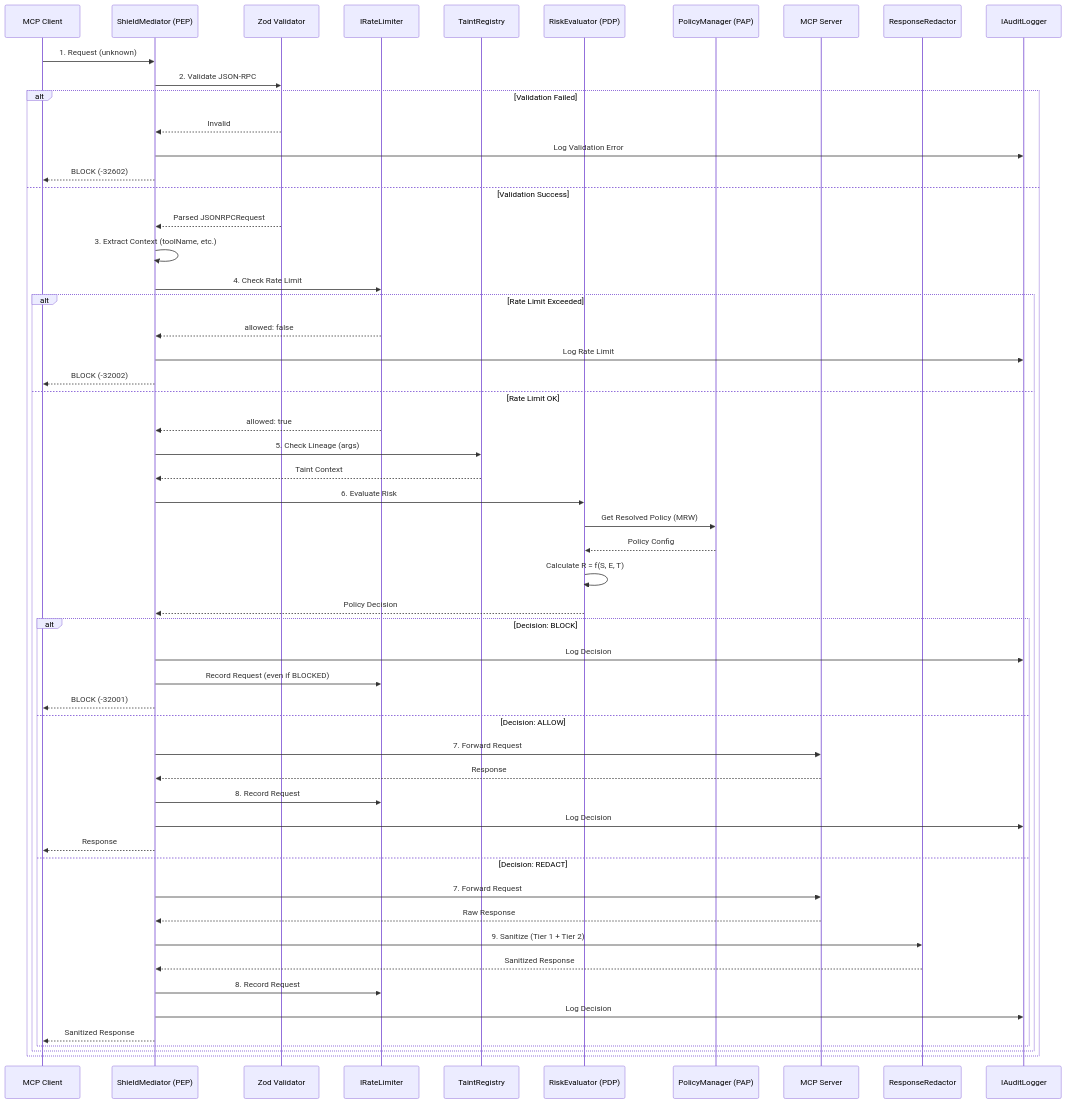
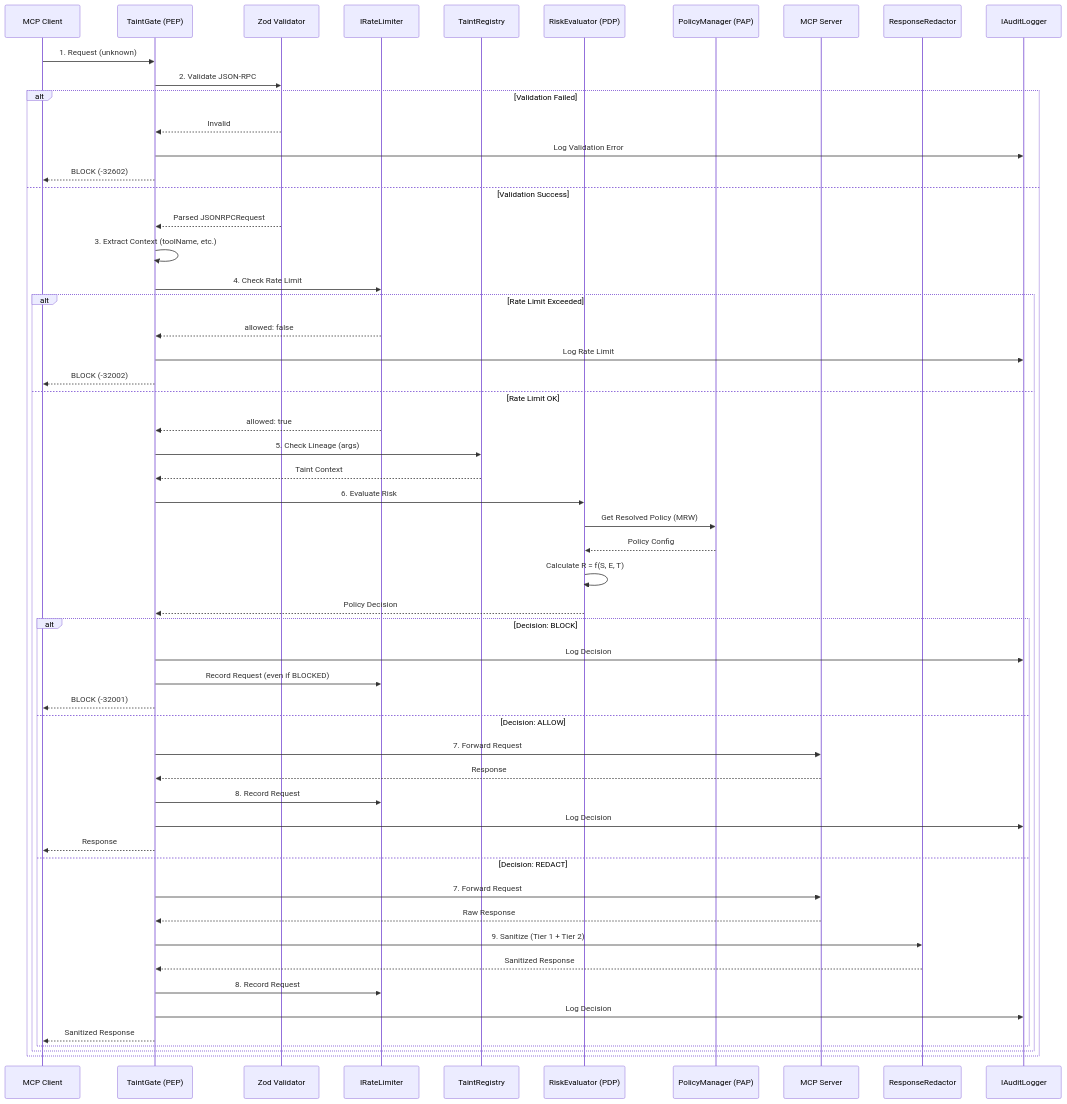
The first of 8 diagrams in ARCHITECTURE.md (kiranv926/mcp-shield), drawn with Mermaid before and after one commit. The commit also changed other lines of this file and 67 other files, not shown here.

First line of the commit message:
refactor(brand): rename MCP-Shield -> TaintGate across the project

````diff
--- a/ARCHITECTURE.md
+++ b/ARCHITECTURE.md
@@ -11,58 +11,58 @@
 ```mermaid
 sequenceDiagram
     participant Client as MCP Client
-    participant Mediator as ShieldMediator (PEP)
+    participant Mediator as TaintGate (PEP)
     participant Validator as Zod Validator
     participant RateLimiter as IRateLimiter
     participant TaintReg as TaintRegistry
     participant RiskEval as RiskEvaluator (PDP)
     participant PolicyMgr as PolicyManager (PAP)
     participant Server as MCP Server
     participant Redactor as ResponseRedactor
     participant AuditLog as IAuditLogger
 
     Client->>Mediator: 1. Request (unknown)
     Mediator->>Validator: 2. Validate JSON-RPC
     alt Validation Failed
         Validator-->>Mediator: Invalid
         Mediator->>AuditLog: Log Validation Error
         Mediator-->>Client: BLOCK (-32602)
     else Validation Success
         Validator-->>Mediator: Parsed JSONRPCRequest
         Mediator->>Mediator: 3. Extract Context (toolName, etc.)
         Mediator->>RateLimiter: 4. Check Rate Limit
         alt Rate Limit Exceeded
             RateLimiter-->>Mediator: allowed: false
             Mediator->>AuditLog: Log Rate Limit
             Mediator-->>Client: BLOCK (-32002)
         else Rate Limit OK
             RateLimiter-->>Mediator: allowed: true
             Mediator->>TaintReg: 5. Check Lineage (args)
             TaintReg-->>Mediator: Taint Context
             Mediator->>RiskEval: 6. Evaluate Risk
             RiskEval->>PolicyMgr: Get Resolved Policy (MRW)
             PolicyMgr-->>RiskEval: Policy Config
             RiskEval->>RiskEval: Calculate R = f(S, E, T)
             RiskEval-->>Mediator: Policy Decision
             alt Decision: BLOCK
                 Mediator->>AuditLog: Log Decision
                 Mediator->>RateLimiter: Record Request (even if BLOCKED)
                 Mediator-->>Client: BLOCK (-32001)
             else Decision: ALLOW
                 Mediator->>Server: 7. Forward Request
                 Server-->>Mediator: Response
                 Mediator->>RateLimiter: 8. Record Request
                 Mediator->>AuditLog: Log Decision
                 Mediator-->>Client: Response
             else Decision: REDACT
                 Mediator->>Server: 7. Forward Request
                 Server-->>Mediator: Raw Response
                 Mediator->>Redactor: 9. Sanitize (Tier 1 + Tier 2)
                 Redactor-->>Mediator: Sanitized Response
                 Mediator->>RateLimiter: 8. Record Request
                 Mediator->>AuditLog: Log Decision
                 Mediator-->>Client: Sanitized Response
             end
         end
     end
 ```
````
